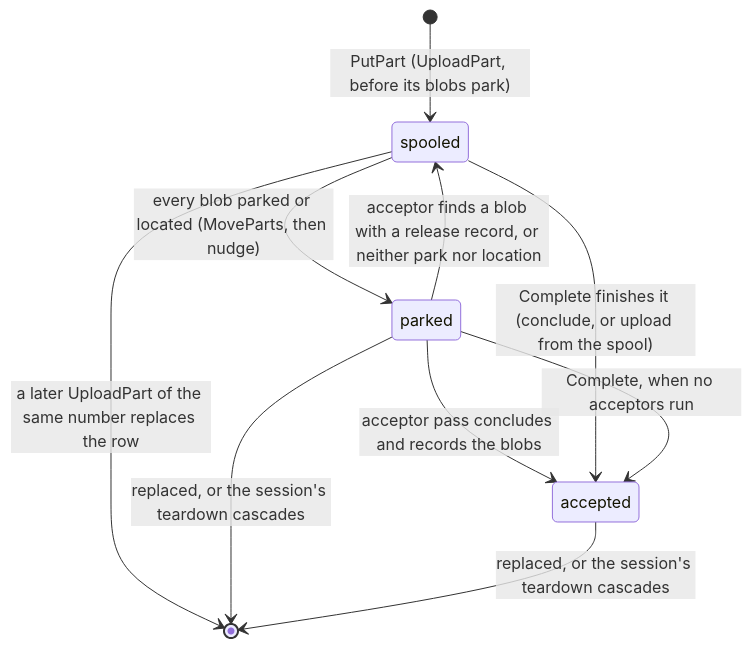
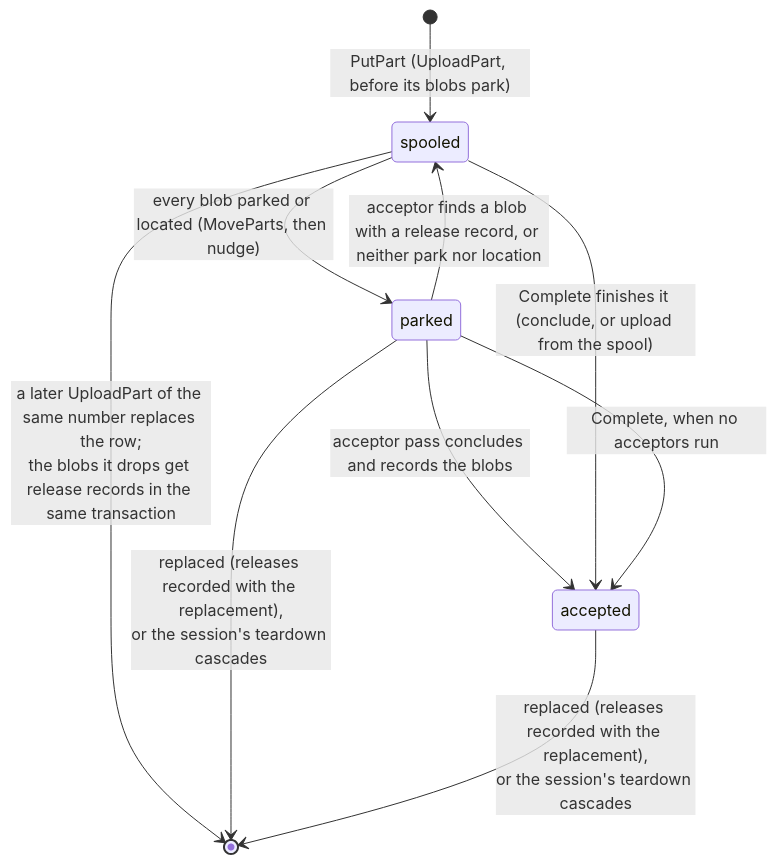
Before and after one commit to fil-forge/ingot: the seventh of 15 diagrams in docs/diagrams.md, drawn with Mermaid. The commit also changed other lines of this file and 13 other files, not shown here.

First line of the commit message:
fix(s3frontend): release the blobs a concurrent UploadPart overwrites (#293)

````diff
--- a/docs/diagrams.md
+++ b/docs/diagrams.md
@@ -605,12 +609,12 @@
 ```mermaid
 stateDiagram-v2
     [*] --> spooled : PutPart (UploadPart, before its blobs park)
     spooled --> parked : every blob parked or located (MoveParts, then nudge)
     parked --> accepted : acceptor pass concludes and records the blobs
     parked --> spooled : acceptor finds a blob with a release record, or neither park nor location
     spooled --> accepted : Complete finishes it (conclude, or upload from the spool)
     parked --> accepted : Complete, when no acceptors run
-    spooled --> [*] : a later UploadPart of the same number replaces the row
-    parked --> [*] : replaced, or the session's teardown cascades
-    accepted --> [*] : replaced, or the session's teardown cascades
+    spooled --> [*] : a later UploadPart of the same number replaces the row#59;<br/>the blobs it drops get release records in the same transaction
+    parked --> [*] : replaced (releases recorded with the replacement),<br/>or the session's teardown cascades
+    accepted --> [*] : replaced (releases recorded with the replacement),<br/>or the session's teardown cascades
 ```
````
